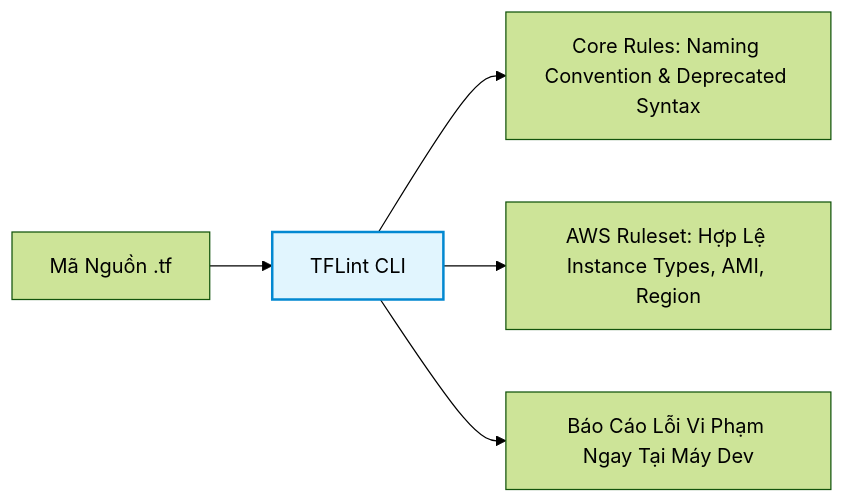
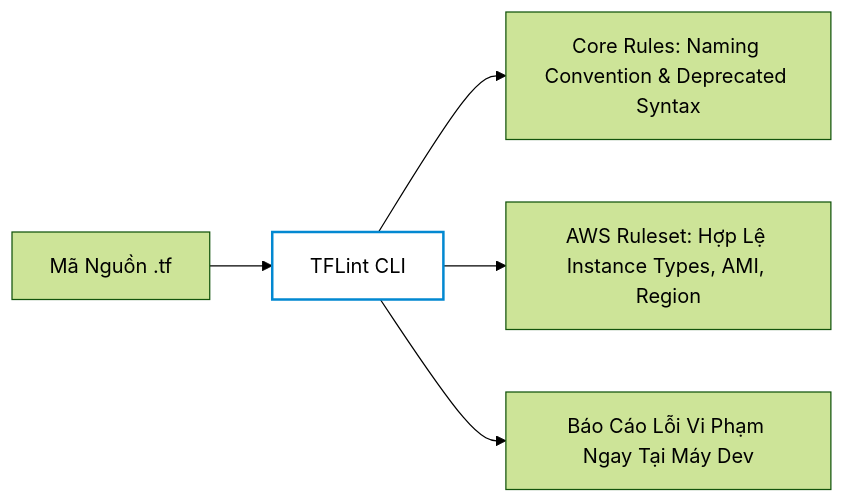
Before and after one commit to kiennt308/ntk: the fourth of 7 diagrams in _posts/2026-09-13-terraform-21-21-kiem-thu-ha-tang-terraform-test-tflint-trivy-va-validate.md, drawn with Mermaid (forest theme). The commit also changed other lines of this file and 207 other files, not shown here.

Commit message:
feat(posts): batch standardize all 208 posts with TL;DR, qa-card accordion, fill:none mermaid, and liquid raw wrappers

````diff
--- a/_posts/2026-09-13-terraform-21-21-kiem-thu-ha-tang-terraform-test-tflint-trivy-va-validate.md
+++ b/_posts/2026-09-13-terraform-21-21-kiem-thu-ha-tang-terraform-test-tflint-trivy-va-validate.md
@@ -209,11 +213,11 @@
 ```mermaid
 graph LR
     A["Mã Nguồn .tf"] --> B["TFLint CLI"]
     B --> C["Core Rules: Naming Convention & Deprecated Syntax"]
     B --> D["AWS Ruleset: Hợp Lệ Instance Types, AMI, Region"]
     B --> E["Báo Cáo Lỗi Vi Phạm Ngay Tại Máy Dev"]
 
-    style B fill:#e1f5fe,stroke:#0288d1,stroke-width:2px
+    style B fill:none,stroke:#0288d1,stroke-width:2px
 
 
 ```
````
